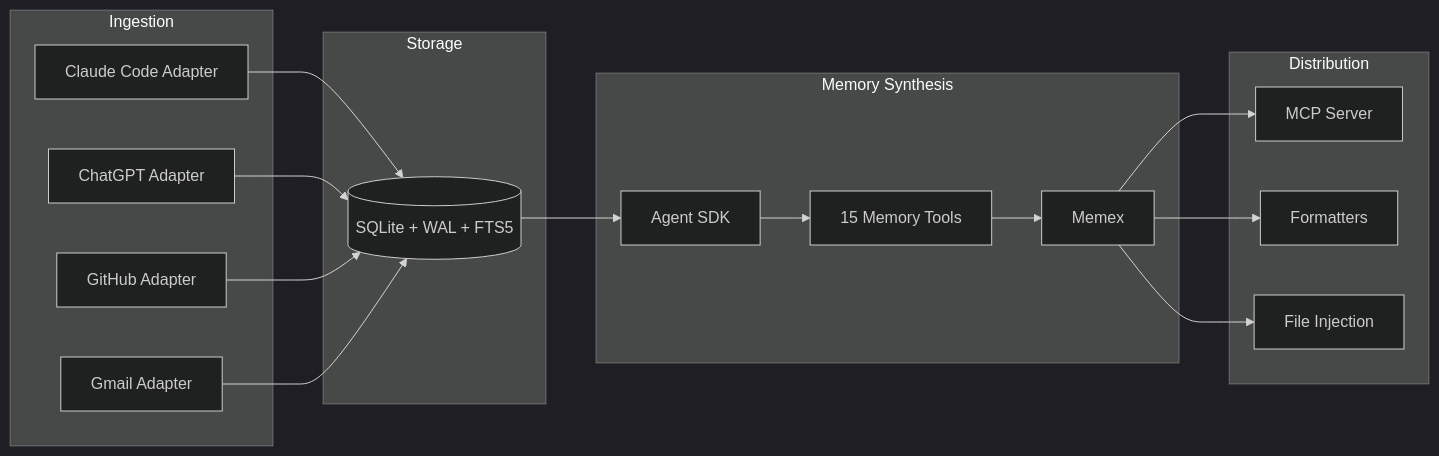
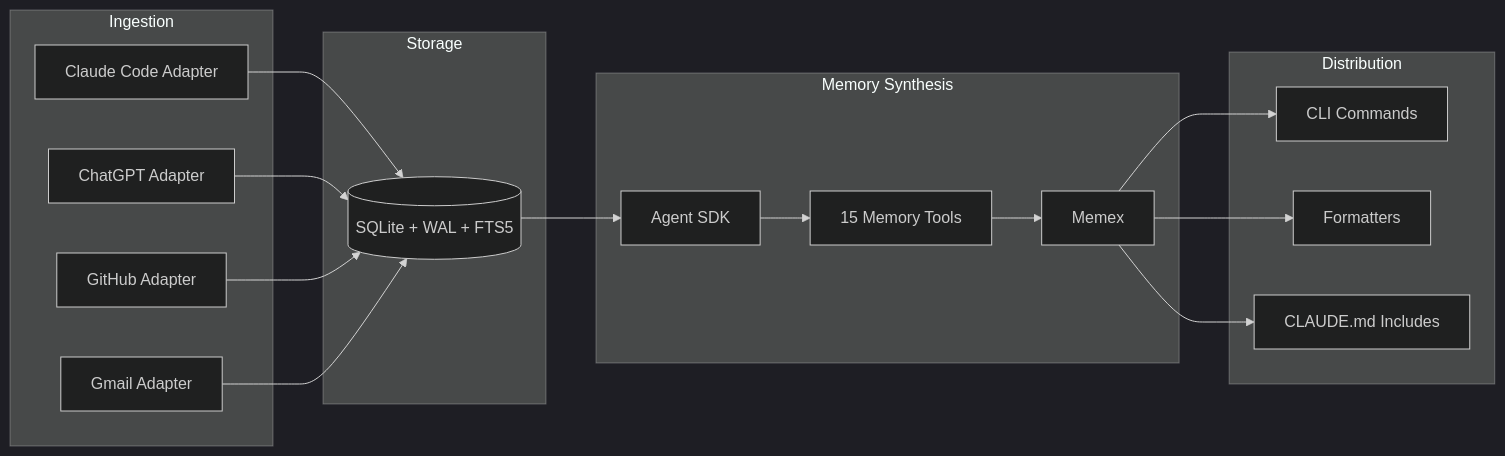
One commit to saxenauts/syke changed the diagram in docs-site/pages/architecture/overview.mdx. Above: the diagram before and after it, drawn with Mermaid (dark theme). The commit also changed other lines of this file and 5 other files, not shown here.

First line of the commit message:
docs: remove remaining MCP server references from docs-site

````diff
--- a/docs-site/pages/architecture/overview.mdx
+++ b/docs-site/pages/architecture/overview.mdx
@@ -7,30 +7,30 @@
 ```mermaid
 graph LR
     subgraph Ingestion
         A1[Claude Code Adapter]
         A2[ChatGPT Adapter]
         A3[GitHub Adapter]
         A4[Gmail Adapter]
     end
 
     subgraph Storage
         DB[(SQLite + WAL + FTS5)]
     end
 
     subgraph Memory["Memory Synthesis"]
         AS[Agent SDK]
         MT[15 Memory Tools]
         MX[Memex]
         AS --> MT --> MX
     end
 
     subgraph Distribution
-        MCP[MCP Server]
+        CMD[CLI Commands]
         FMT[Formatters]
-        INJ[File Injection]
+        INJ["CLAUDE.md Includes"]
     end
 
     A1 & A2 & A3 & A4 --> DB
     DB --> AS
-    MX --> FMT & MCP & INJ
+    MX --> FMT & CMD & INJ
 ```
````
